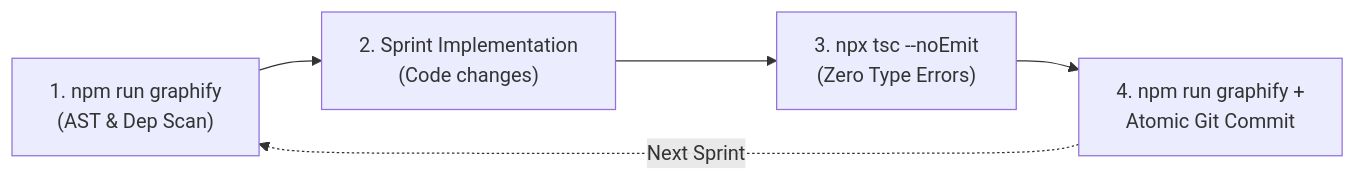
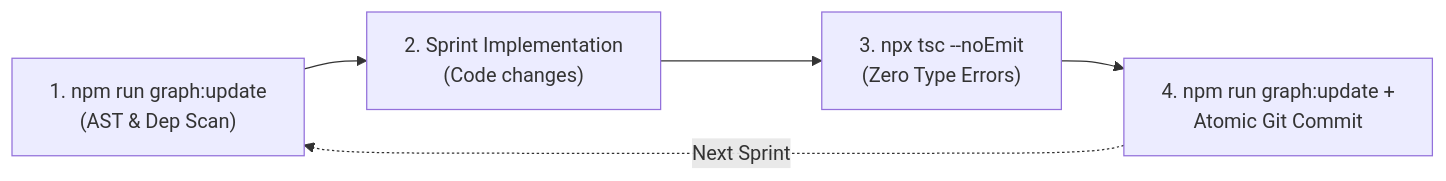
Before and after one commit to chreeso/blades-campaign-suite-revamped: the diagram in .agent/skills/sprint-lifecycle/SKILL.md, drawn with Mermaid. The commit also changed other lines of this file and 9 other files, not shown here.

````diff
--- a/.agent/skills/sprint-lifecycle/SKILL.md
+++ b/.agent/skills/sprint-lifecycle/SKILL.md
@@ -47,7 +47,7 @@
 ```mermaid
 flowchart LR
-    S1["1. npm run graphify\n(AST & Dep Scan)"] --> S2["2. Sprint Implementation\n(Code changes)"]
+    S1["1. npm run graph:update\n(AST & Dep Scan)"] --> S2["2. Sprint Implementation\n(Code changes)"]
     S2 --> S3["3. npx tsc --noEmit\n(Zero Type Errors)"]
-    S3 --> S4["4. npm run graphify +\nAtomic Git Commit"]
+    S3 --> S4["4. npm run graph:update +\nAtomic Git Commit"]
     S4 -.->|"Next Sprint"| S1
 ```
````
